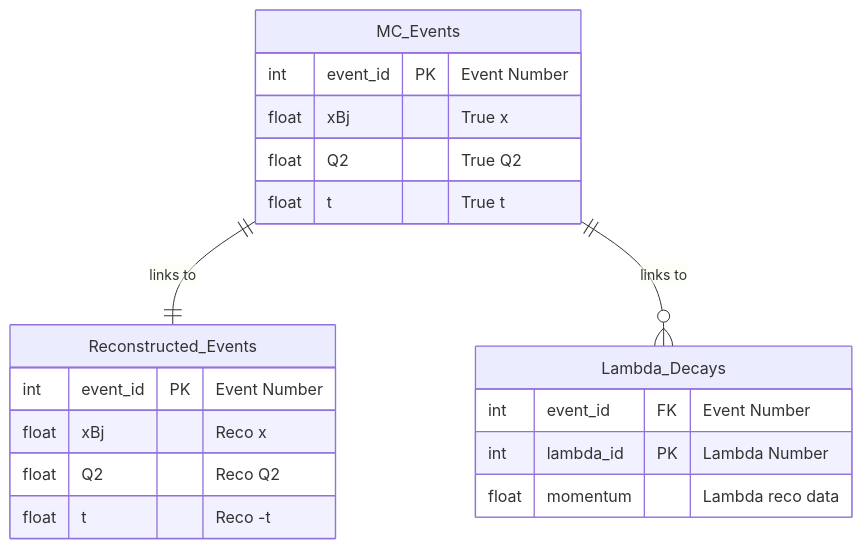
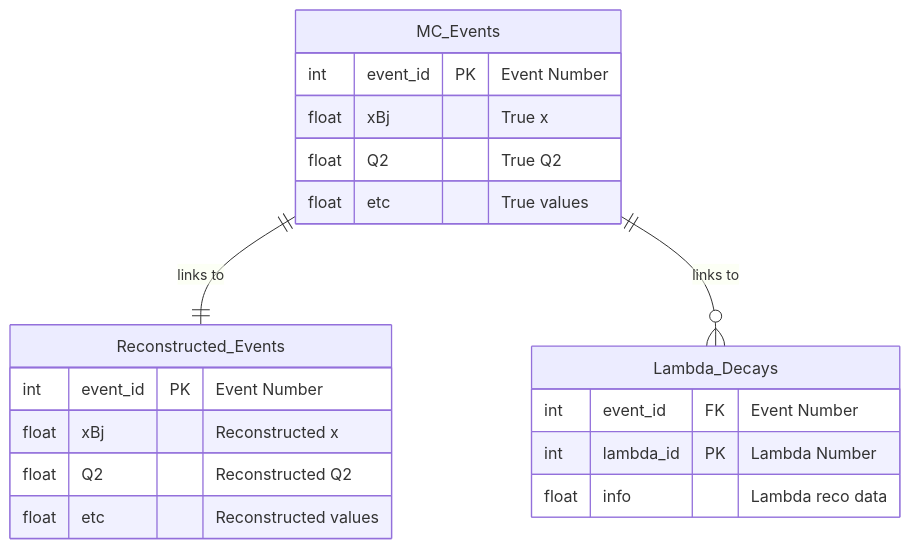
Before and after one commit to JeffersonLab/meson-structure: the diagram in docs/data-csv.md, drawn with Mermaid. The commit also changed other lines of this file, not shown here.

````diff
--- a/docs/data-csv.md
+++ b/docs/data-csv.md
@@ -23,23 +33,23 @@
 ```mermaid
 erDiagram
     MC_Events {
         int event_id PK "Event Number"
         float xBj "True x"
         float Q2 "True Q2"
-        float t "True t"
+        float etc "True values"
     }
     Reconstructed_Events {
         int event_id PK "Event Number"
-        float xBj "Reco x"
-        float Q2 "Reco Q2"
-        float t "Reco -t"
+        float xBj "Reconstructed x"
+        float Q2 "Reconstructed Q2"
+        float etc "Reconstructed values"
     }
     Lambda_Decays {
         int event_id FK "Event Number"
         int lambda_id PK "Lambda Number"
-        float momentum "Lambda reco data"
+        float info "Lambda reco data"
     }
 
     MC_Events ||--|| Reconstructed_Events : "links to"
     MC_Events ||--o{ Lambda_Decays : "links to"
 ```
````
